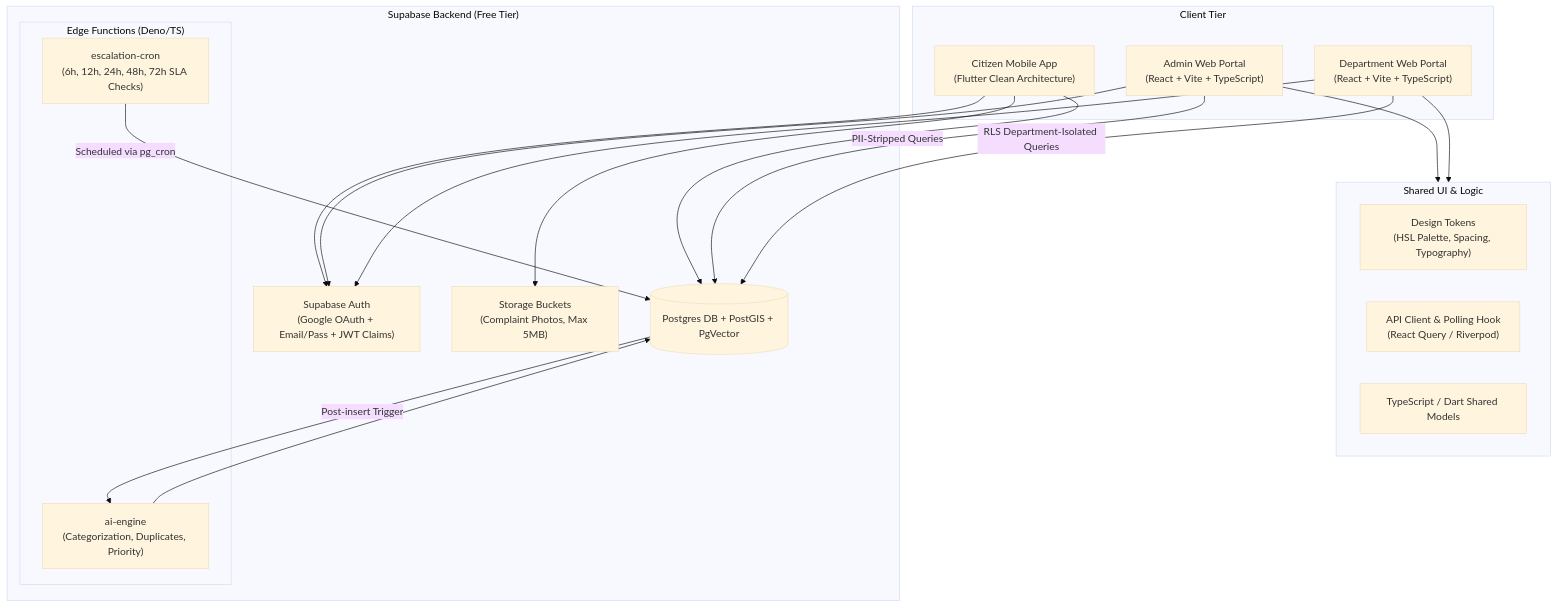
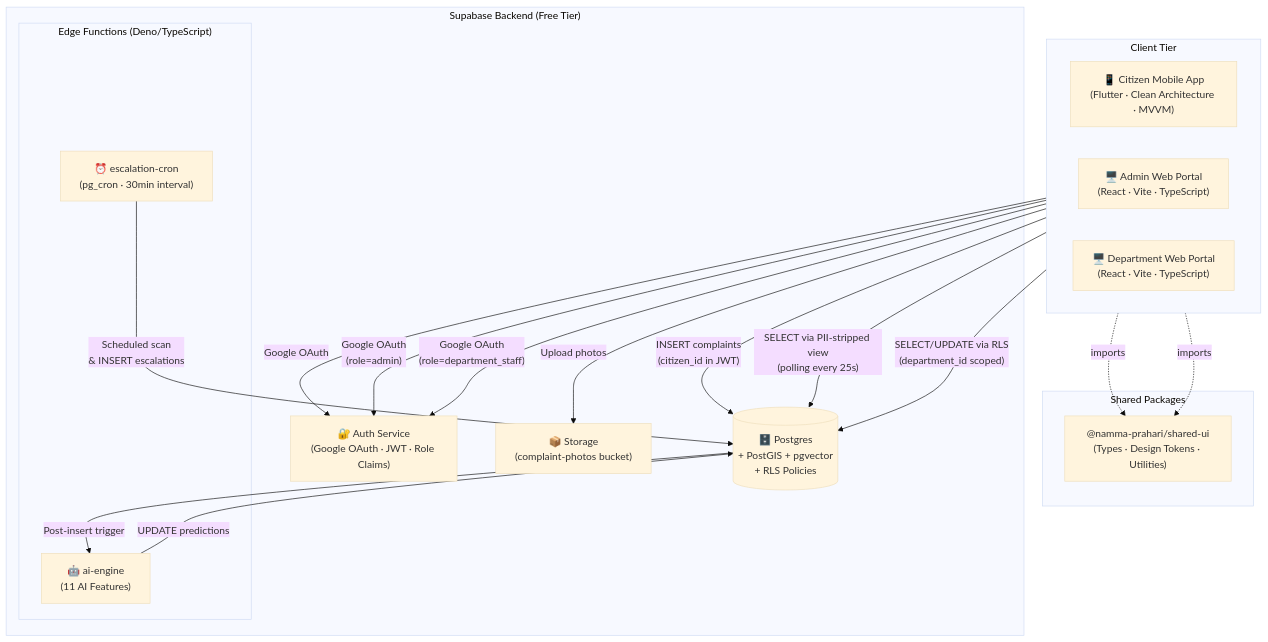
The first of 7 diagrams in docs/architecture.md (vinaym0505/Namma-Prahari), drawn with Mermaid (base theme) before and after one commit. The commit also changed other lines of this file and 177 other files, not shown here.

First line of the commit message:
Phase 1: Requirements, architecture, design system, and scaffolded folder structures

````diff
--- a/docs/architecture.md
+++ b/docs/architecture.md
@@ -5,42 +9,41 @@
 ```mermaid
 flowchart TB
-    subgraph Clients["Client Tier"]
-        FlutterApp["Citizen Mobile App\n(Flutter Clean Architecture)"]
-        AdminWeb["Admin Web Portal\n(React + Vite + TypeScript)"]
-        DeptWeb["Department Web Portal\n(React + Vite + TypeScript)"]
+    subgraph ClientTier["Client Tier"]
+        direction LR
+        Mobile["📱 Citizen Mobile App\n(Flutter · Clean Architecture · MVVM)"]
+        Admin["🖥️ Admin Web Portal\n(React · Vite · TypeScript)"]
+        Dept["🖥️ Department Web Portal\n(React · Vite · TypeScript)"]
     end
 
-    subgraph SharedPackage["Shared UI & Logic"]
-        DesignTokens["Design Tokens\n(HSL Palette, Spacing, Typography)"]
-        ApiClient["API Client & Polling Hook\n(React Query / Riverpod)"]
-        Types["TypeScript / Dart Shared Models"]
+    subgraph SharedLayer["Shared Packages"]
+        SharedUI["@namma-prahari/shared-ui\n(Types · Design Tokens · Utilities)"]
     end
 
-    subgraph Supabase["Supabase Backend (Free Tier)"]
-        Auth["Supabase Auth\n(Google OAuth + Email/Pass + JWT Claims)"]
-        DB[(Postgres DB + PostGIS + PgVector)]
-        Storage["Storage Buckets\n(Complaint Photos, Max 5MB)"]
-        
-        subgraph Functions["Edge Functions (Deno/TS)"]
-            AIEngine["ai-engine\n(Categorization, Duplicates, Priority)"]
-            EscalationCron["escalation-cron\n(6h, 12h, 24h, 48h, 72h SLA Checks)"]
+    subgraph SupabaseTier["Supabase Backend (Free Tier)"]
+        Auth["🔐 Auth Service\n(Google OAuth · JWT · Role Claims)"]
+        DB[("🗄️ Postgres\n+ PostGIS + pgvector\n+ RLS Policies")]
+        Storage["📦 Storage\n(complaint-photos bucket)"]
+
+        subgraph EdgeFunctions["Edge Functions (Deno/TypeScript)"]
+            AIEngine["🤖 ai-engine\n(11 AI Features)"]
+            EscalationCron["⏰ escalation-cron\n(pg_cron · 30min interval)"]
         end
     end
 
-    FlutterApp --> Auth
-    FlutterApp --> DB
-    FlutterApp --> Storage
-    
-    AdminWeb --> SharedPackage
-    DeptWeb --> SharedPackage
-    
-    AdminWeb --> Auth
-    AdminWeb -->|PII-Stripped Queries| DB
-    
-    DeptWeb --> Auth
-    DeptWeb -->|RLS Department-Isolated Queries| DB
+    Mobile -->|"Google OAuth"| Auth
+    Mobile -->|"INSERT complaints\n(citizen_id in JWT)"| DB
+    Mobile -->|"Upload photos"| Storage
 
-    DB -->|Post-insert Trigger| AIEngine
-    AIEngine --> DB
-    EscalationCron -->|Scheduled via pg_cron| DB
+    Admin -->|"Google OAuth\n(role=admin)"| Auth
+    Admin -->|"SELECT via PII-stripped view\n(polling every 25s)"| DB
+
+    Dept -->|"Google OAuth\n(role=department_staff)"| Auth
+    Dept -->|"SELECT/UPDATE via RLS\n(department_id scoped)"| DB
+
+    Admin -.->|"imports"| SharedUI
+    Dept -.->|"imports"| SharedUI
+
+    DB -->|"Post-insert trigger"| AIEngine
+    AIEngine -->|"UPDATE predictions"| DB
+    EscalationCron -->|"Scheduled scan\n& INSERT escalations"| DB
 ```
````
